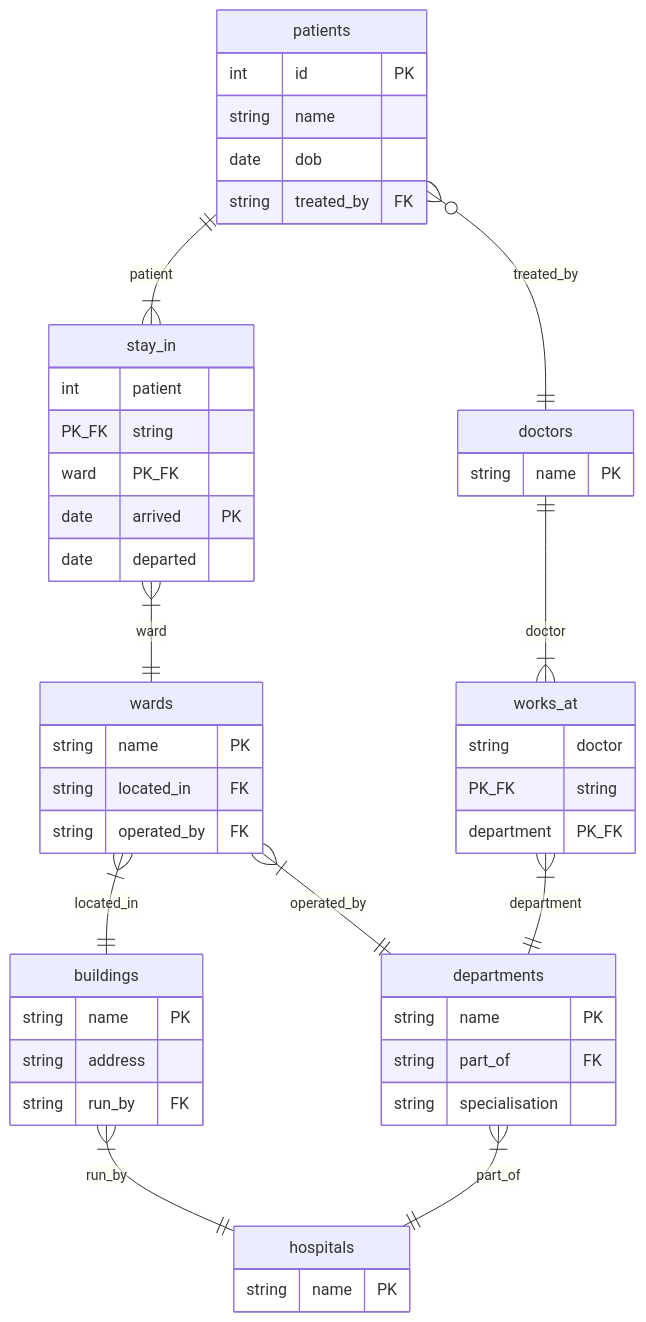
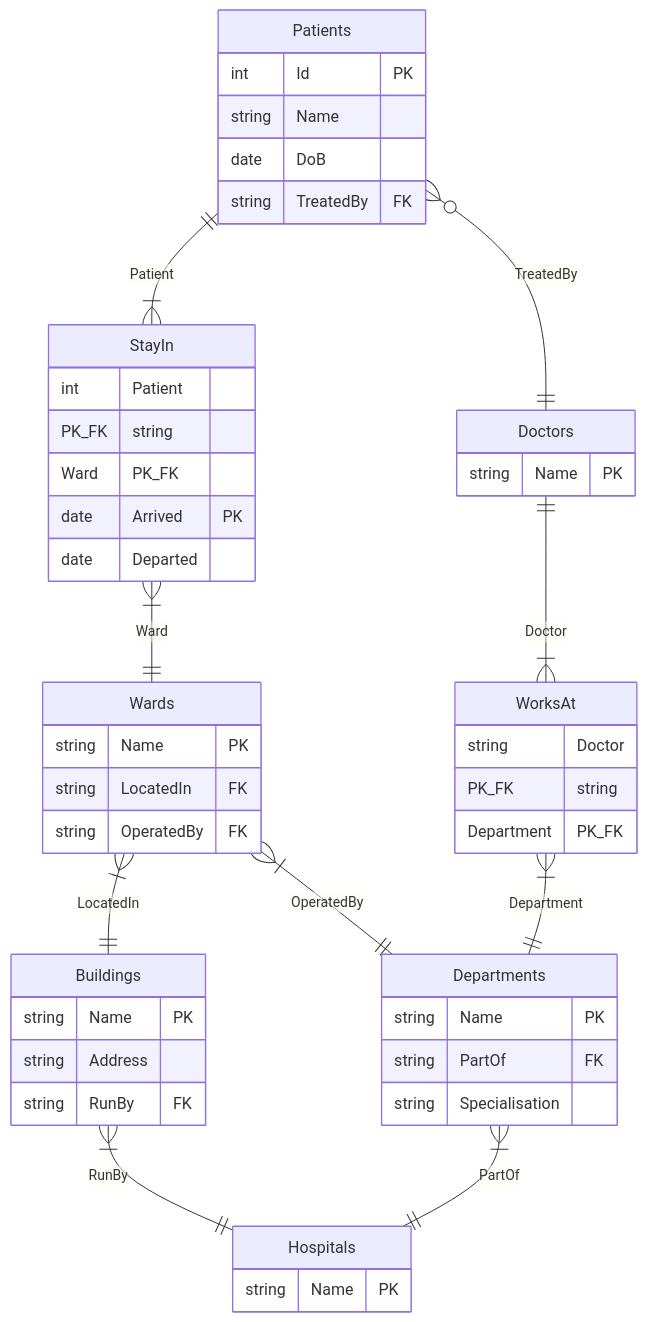
Before and after one commit to sreent/data-management-intro: the diagram in past-exam-papers/march-2022/solution-sheet-march-2022.md, drawn with Mermaid. The commit also changed other lines of this file and 1 other file, not shown here.

````diff
--- a/past-exam-papers/march-2022/solution-sheet-march-2022.md
+++ b/past-exam-papers/march-2022/solution-sheet-march-2022.md
@@ -1101,57 +1101,57 @@
 ```mermaid
 erDiagram
-    patients {
-        int id PK
-        string name
-        date dob
-        string treated_by FK
+    Patients {
+        int Id PK
+        string Name
+        date DoB
+        string TreatedBy FK
     }
 
-    doctors {
-        string name PK
+    Doctors {
+        string Name PK
     }
 
-    stay_in {
-        int patient PK_FK
-        string ward PK_FK
-        date arrived PK
-        date departed
+    StayIn {
+        int Patient PK_FK
+        string Ward PK_FK
+        date Arrived PK
+        date Departed
     }
 
-    wards {
-        string name PK
-        string located_in FK
-        string operated_by FK
+    Wards {
+        string Name PK
+        string LocatedIn FK
+        string OperatedBy FK
     }
 
-    buildings {
-        string name PK
-        string address
-        string run_by FK
+    Buildings {
+        string Name PK
+        string Address
+        string RunBy FK
     }
 
-    hospitals {
-        string name PK
+    Hospitals {
+        string Name PK
     }
 
-    departments {
-        string name PK
-        string part_of FK
-        string specialisation
+    Departments {
+        string Name PK
+        string PartOf FK
+        string Specialisation
     }
 
-    works_at {
-        string doctor PK_FK
-        string department PK_FK
+    WorksAt {
+        string Doctor PK_FK
+        string Department PK_FK
     }
 
-    patients }o--|| doctors : "treated_by"
-    patients ||--|{ stay_in : "patient"
-    stay_in }|--|| wards : "ward"
-    wards }|--|| buildings : "located_in"
-    wards }|--|| departments : "operated_by"
-    buildings }|--|| hospitals : "run_by"
-    departments }|--|| hospitals : "part_of"
-    doctors ||--|{ works_at : "doctor"
-    works_at }|--|| departments : "department"
+    Patients }o--|| Doctors : "TreatedBy"
+    Patients ||--|{ StayIn : "Patient"
+    StayIn }|--|| Wards : "Ward"
+    Wards }|--|| Buildings : "LocatedIn"
+    Wards }|--|| Departments : "OperatedBy"
+    Buildings }|--|| Hospitals : "RunBy"
+    Departments }|--|| Hospitals : "PartOf"
+    Doctors ||--|{ WorksAt : "Doctor"
+    WorksAt }|--|| Departments : "Department"
 ```
````
